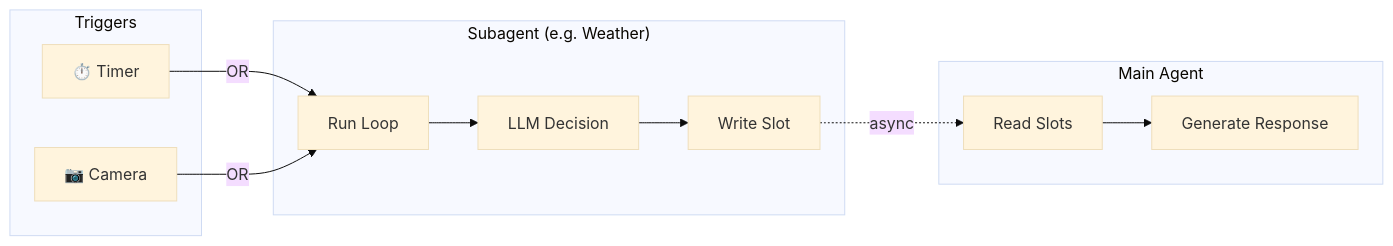
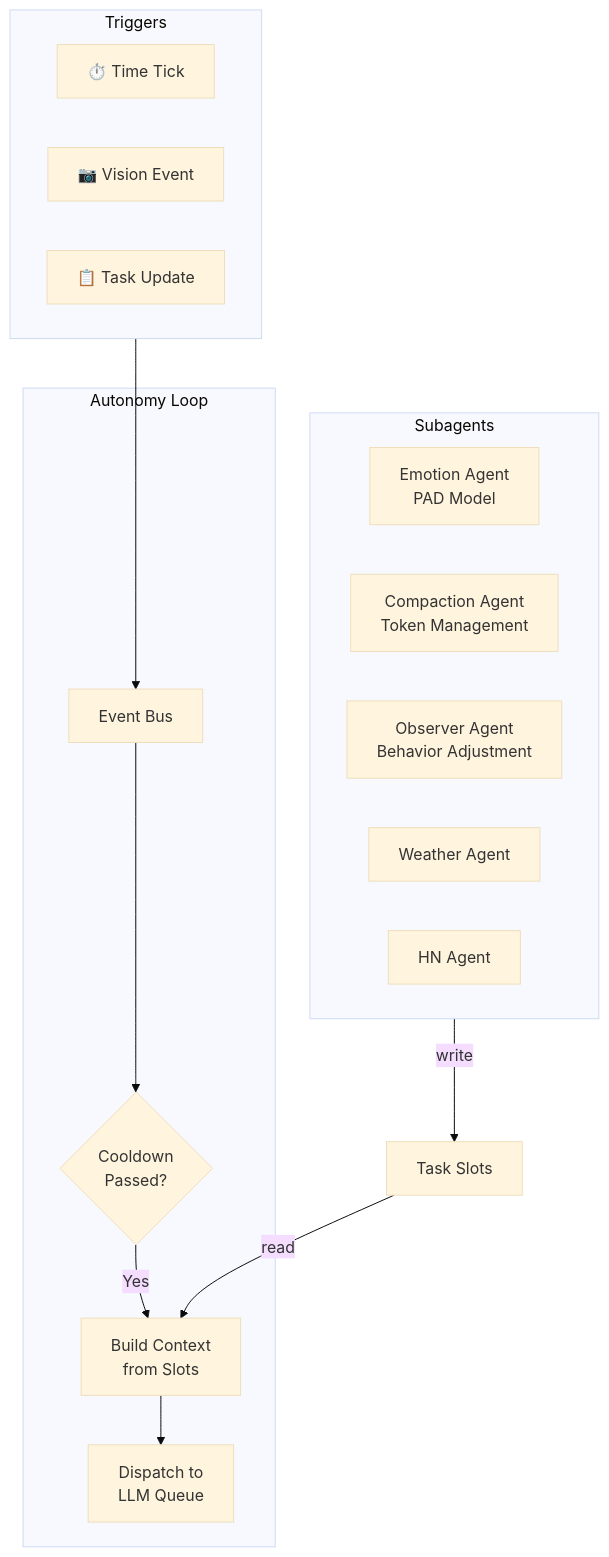
One commit to salmanzee-dev/Personality_Core_GLaDOS changed the fourth of 5 diagrams in README.md. Above: the diagram before and after it, drawn with Mermaid (base theme). The commit also changed other lines of this file, not shown here.

First line of the commit message:
Expand README with architecture docs and project vision

````diff
--- a/README.md
+++ b/README.md
@@ -100,24 +196,28 @@
 ```mermaid
-flowchart LR
+flowchart TB
     subgraph Triggers
-        tick[⏱️ Timer]
-        cam[📷 Camera]
+        tick[⏱️ Time Tick]
+        vision[📷 Vision Event]
+        task[📋 Task Update]
     end
 
-    subgraph Subagent["Subagent (e.g. Weather)"]
-        loop[Run Loop]
-        decide[LLM Decision]
-        slot[Write Slot]
+    subgraph Loop["Autonomy Loop"]
+        bus[Event Bus]
+        cooldown{Cooldown<br/>Passed?}
+        build[Build Context<br/>from Slots]
+        dispatch[Dispatch to<br/>LLM Queue]
     end
 
-    subgraph Main["Main Agent"]
-        read[Read Slots]
-        respond[Generate Response]
+    subgraph Agents["Subagents"]
+        emotion[Emotion Agent<br/>PAD Model]
+        compact[Compaction Agent<br/>Token Management]
+        observer[Observer Agent<br/>Behavior Adjustment]
+        weather[Weather Agent]
+        news[HN Agent]
     end
 
-    tick -->|OR| loop
-    cam -->|OR| loop
-    loop --> decide --> slot
-    slot -.->|async| read
-    read --> respond
+    Triggers --> bus --> cooldown
+    cooldown -->|Yes| build --> dispatch
+    Agents -->|write| slots[Task Slots]
+    slots -->|read| build
 ```
````
